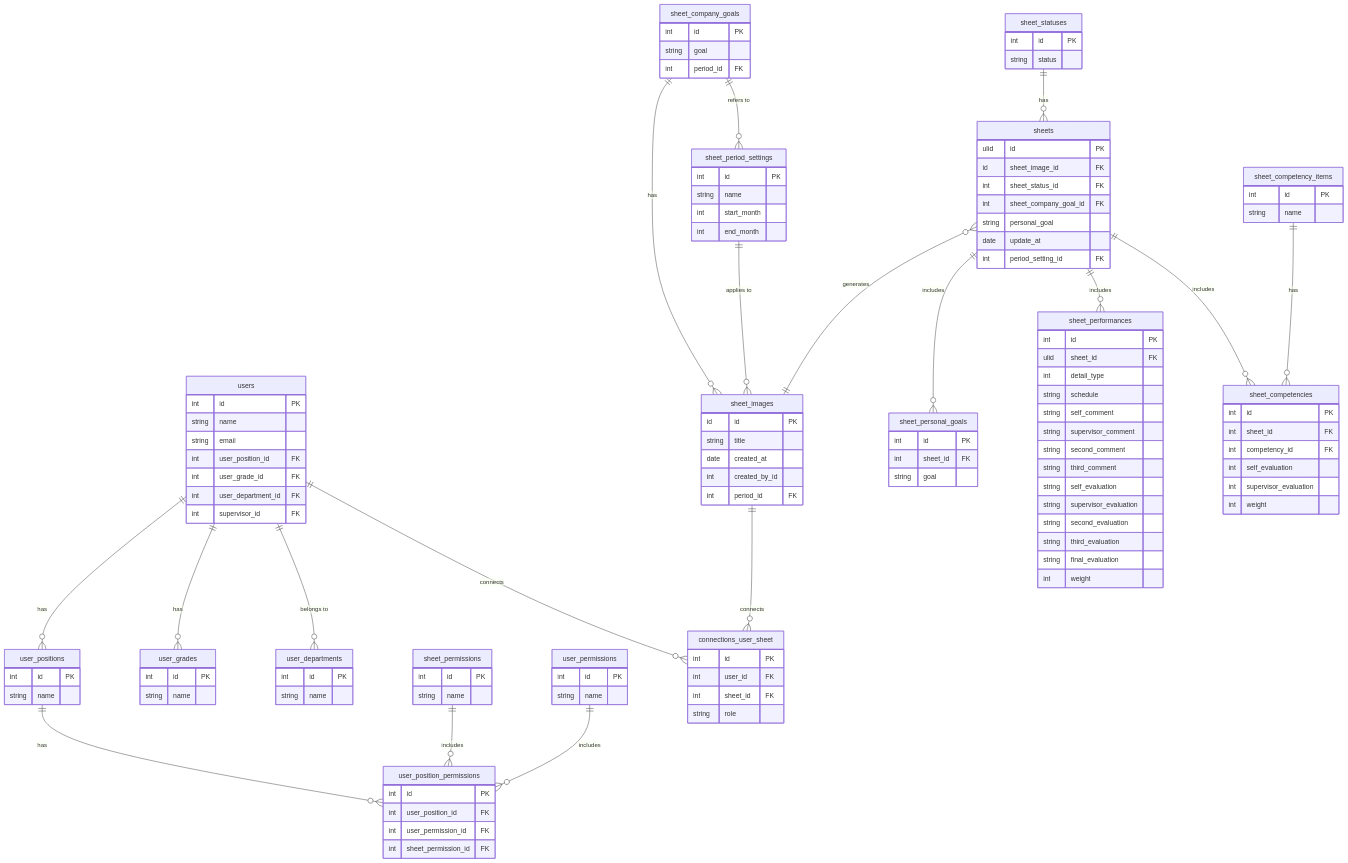
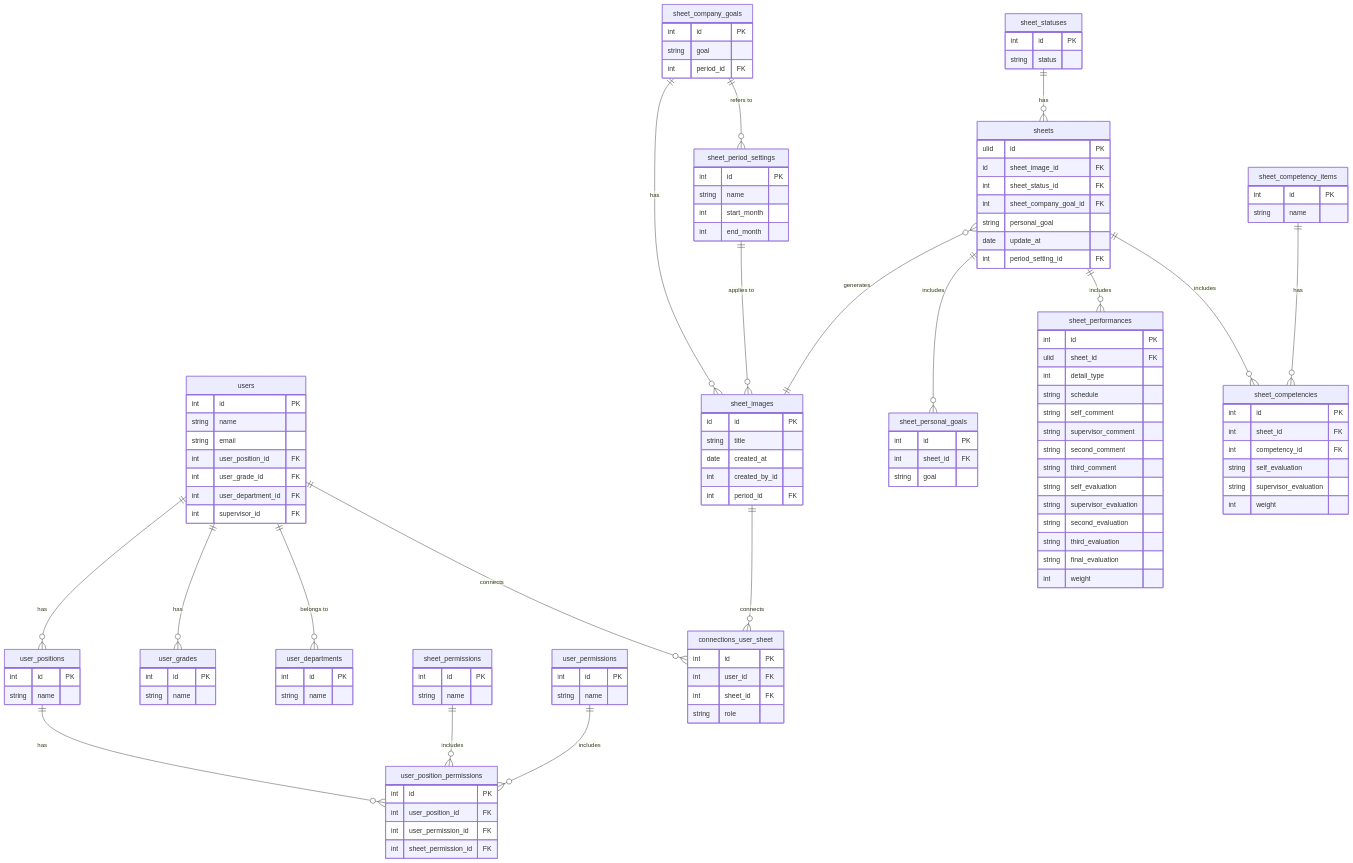
The diagram in dio/ERdiagram.md (kunitomosaori/nigiwaiHR), drawn with Mermaid before and after one commit. The commit also changed 9 other files, not shown here.

```diff
--- a/dio/ERdiagram.md
+++ b/dio/ERdiagram.md
@@ -112,8 +112,8 @@
         int id PK
         int sheet_id FK
         int competency_id FK
-        int self_evaluation
-        int supervisor_evaluation
+        string self_evaluation
+        string supervisor_evaluation
         int weight
     }
 
```
